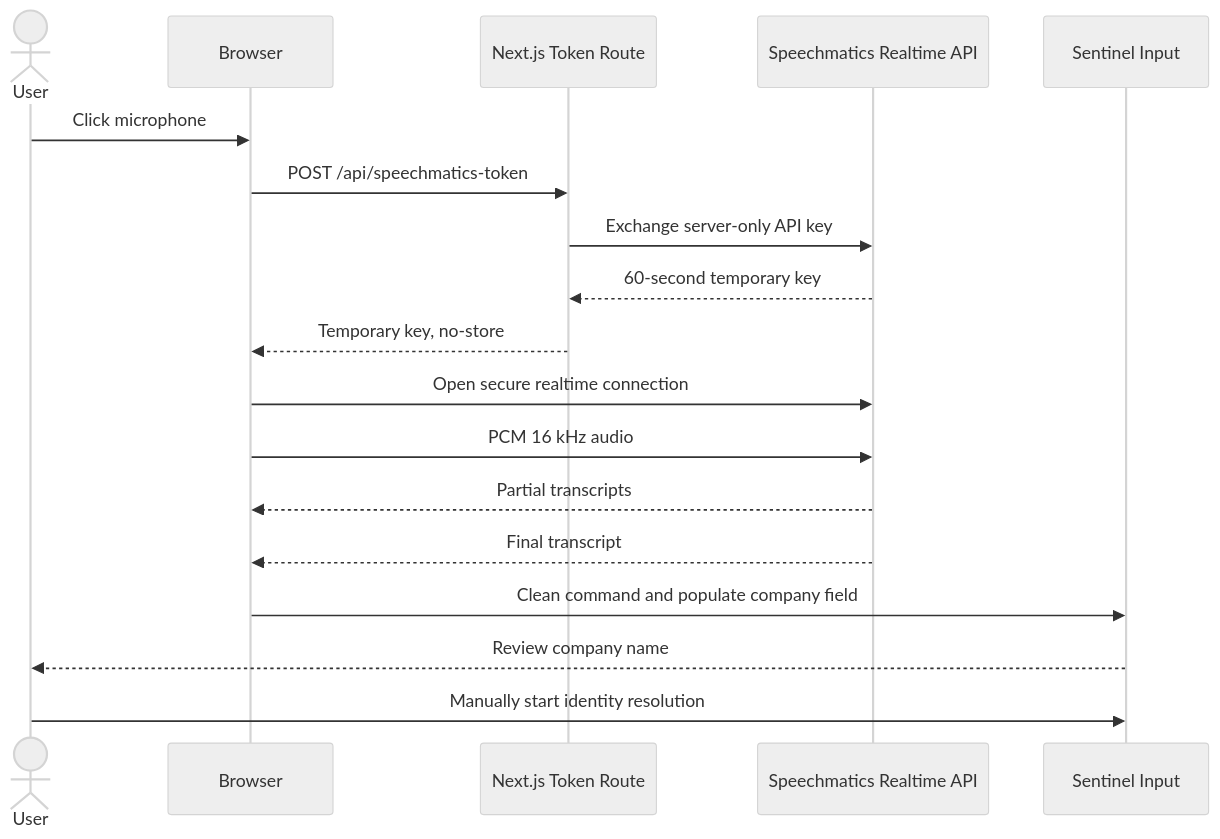
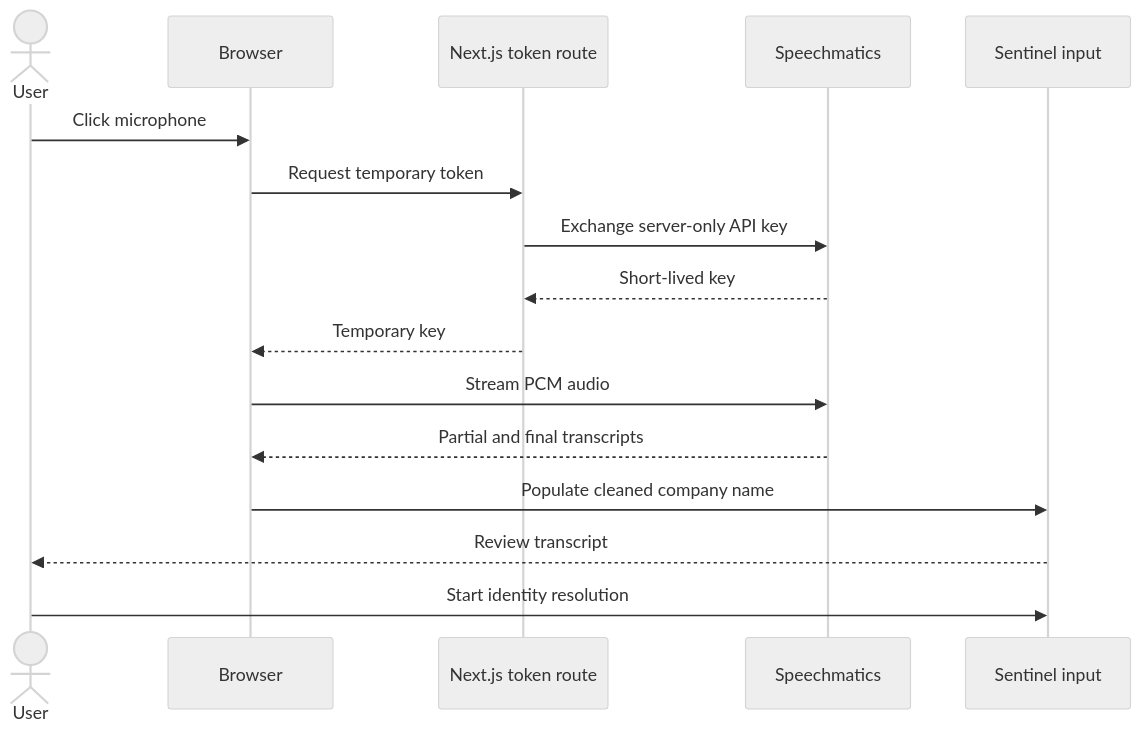
One commit to Jxxy123/sentinel-web-risk-intelligence changed the second of 2 diagrams in README.md. Above: the diagram before and after it, drawn with Mermaid (neutral theme). The commit also changed other lines of this file, not shown here.

````diff
--- a/README.md
+++ b/README.md
@@ -343,21 +324,19 @@
 ```mermaid
 sequenceDiagram
     actor User
     participant Browser
-    participant Next as Next.js Token Route
-    participant SM as Speechmatics Realtime API
-    participant UI as Sentinel Input
+    participant Next as Next.js token route
+    participant SM as Speechmatics
+    participant UI as Sentinel input
 
     User->>Browser: Click microphone
-    Browser->>Next: POST /api/speechmatics-token
+    Browser->>Next: Request temporary token
     Next->>SM: Exchange server-only API key
-    SM-->>Next: 60-second temporary key
-    Next-->>Browser: Temporary key, no-store
-    Browser->>SM: Open secure realtime connection
-    Browser->>SM: PCM 16 kHz audio
-    SM-->>Browser: Partial transcripts
-    SM-->>Browser: Final transcript
-    Browser->>UI: Clean command and populate company field
-    UI-->>User: Review company name
-    User->>UI: Manually start identity resolution
+    SM-->>Next: Short-lived key
+    Next-->>Browser: Temporary key
+    Browser->>SM: Stream PCM audio
+    SM-->>Browser: Partial and final transcripts
+    Browser->>UI: Populate cleaned company name
+    UI-->>User: Review transcript
+    User->>UI: Start identity resolution
 ```
````
